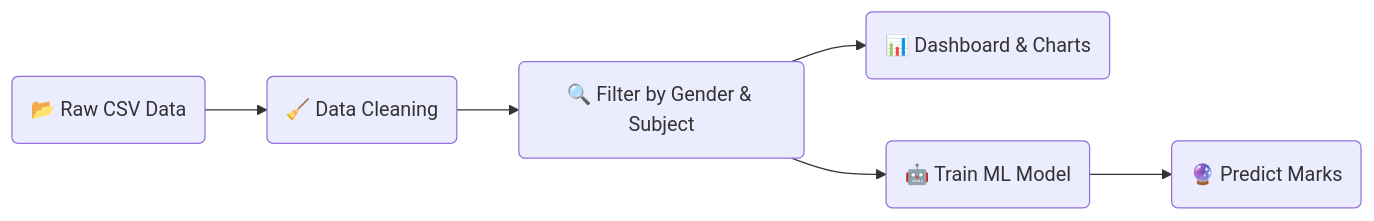
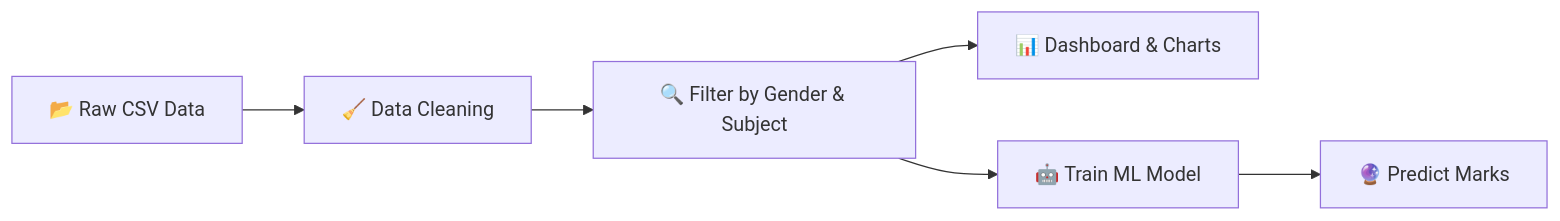
One commit to Sowndhar-2005/Student-Performance-Analysis-Dashboard changed the first of 3 diagrams in README.md. Above: the diagram before and after it, drawn with Mermaid. The commit also changed other lines of this file, not shown here.

Commit message:
docs: update README with comprehensive project documentation and feature architecture details

````diff
--- a/README.md
+++ b/README.md
@@ -37,8 +43,8 @@
 ```mermaid
 flowchart LR
-    A(📂 Raw CSV Data) --> B(🧹 Data Cleaning)
-    B --> C(🔍 Filter by Gender & Subject)
-    C --> D(📊 Dashboard & Charts)
-    C --> E(🤖 Train ML Model)
-    E --> F(🔮 Predict Marks)
+    A["📂 Raw CSV Data"] --> B["🧹 Data Cleaning"]
+    B --> C["🔍 Filter by Gender & Subject"]
+    C --> D["📊 Dashboard & Charts"]
+    C --> E["🤖 Train ML Model"]
+    E --> F["🔮 Predict Marks"]
 ```
````
